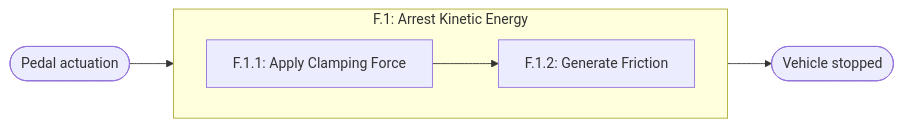
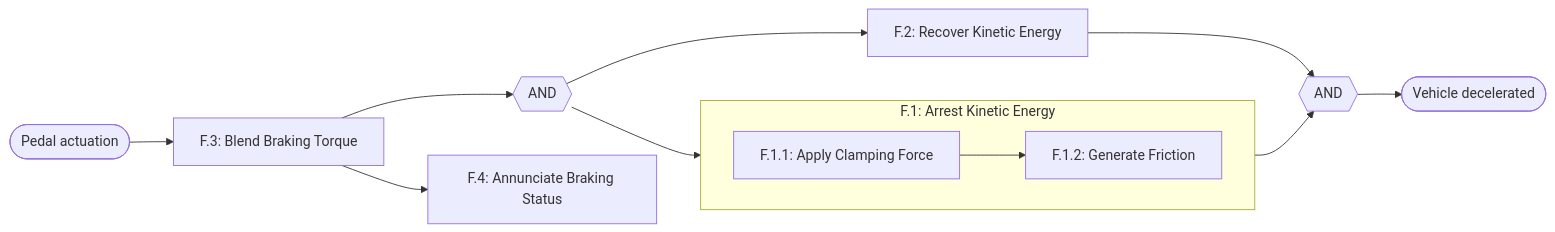
One commit to sweetscientist/systems-engineering-skill changed the first of 3 diagrams in README.md. Above: the diagram before and after it, drawn with Mermaid. The commit also changed other lines of this file, not shown here.

````diff
--- a/README.md
+++ b/README.md
@@ -176,9 +236,15 @@
-  ```mermaid
-  flowchart LR
-    subgraph F1["F.1: Arrest Kinetic Energy"]
-      direction LR
-      F1_1["F.1.1: Apply Clamping Force"] --> F1_2["F.1.2: Generate Friction"]
-    end
-    IN([Pedal actuation]) --> F1_1
-    F1_2 --> OUT([Vehicle stopped])
-  ```
+```mermaid
+flowchart LR
+  subgraph F1["F.1: Arrest Kinetic Energy"]
+    direction LR
+    F1_1["F.1.1: Apply Clamping Force"] --> F1_2["F.1.2: Generate Friction"]
+  end
+  IN(["Pedal actuation"]) --> F3["F.3: Blend Braking Torque"]
+  F3 --> AND1{{"AND"}}
+  AND1 --> F1
+  AND1 --> F2["F.2: Recover Kinetic Energy"]
+  F1 --> AND2{{"AND"}}
+  F2 --> AND2
+  AND2 --> OUT(["Vehicle decelerated"])
+  F3 --> F4["F.4: Annunciate Braking Status"]
+```
````
